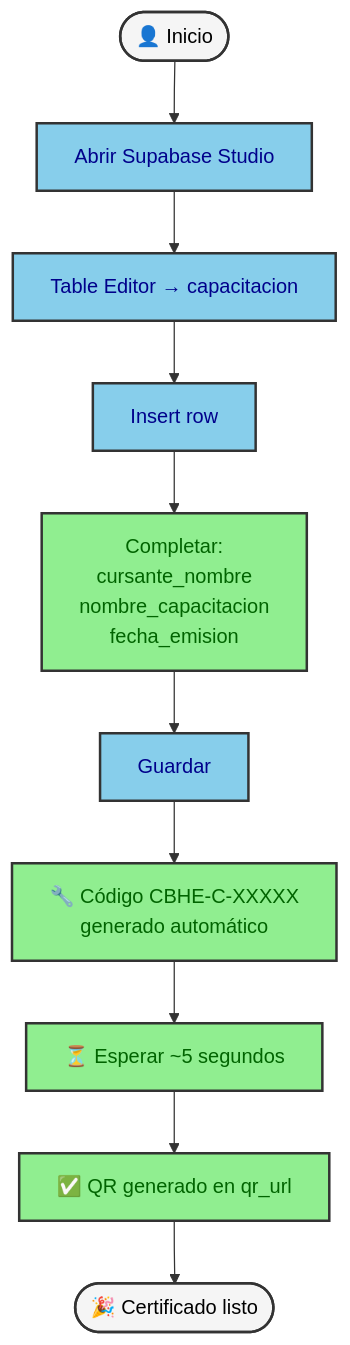
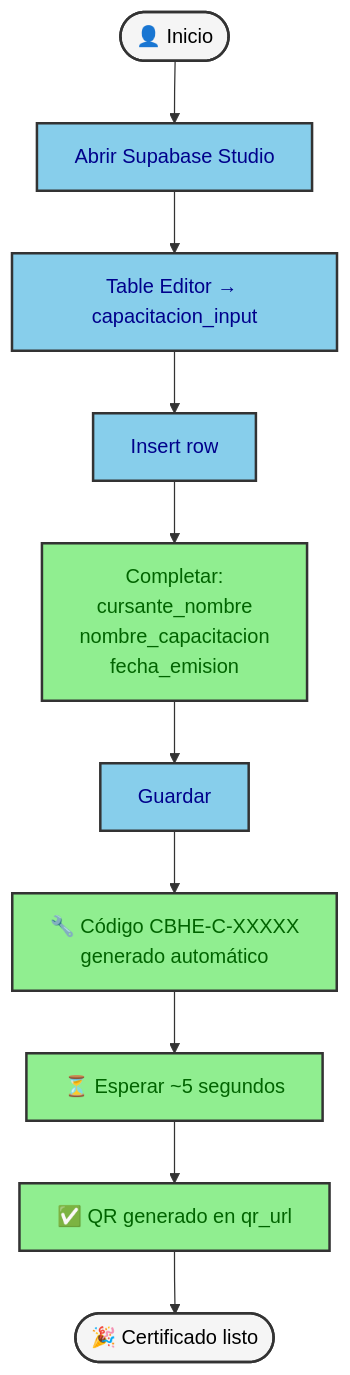
The third of 5 diagrams in GUIA-CERTIFICADOS.md (vincentiwadsworth/cbhe-web), drawn with Mermaid before and after one commit. The commit also changed other lines of this file and 2 other files, not shown here.

First line of the commit message:
docs: precisión de verbos emitir/generar/verificar + input views como método primario

````diff
--- a/GUIA-CERTIFICADOS.md
+++ b/GUIA-CERTIFICADOS.md
@@ -102,20 +102,20 @@
 ```mermaid
 flowchart TD
   Start([👤 Inicio]) --> Login[Abrir Supabase Studio]
-  Login --> TableEditor[Table Editor → capacitacion]
+  Login -->   TableEditor[Table Editor → capacitacion_input]
   TableEditor --> Insert[Insert row]
   Insert --> FillFields["Completar:<br/>cursante_nombre<br/>nombre_capacitacion<br/>fecha_emision"]
   FillFields --> Save[Guardar]
   Save --> AutoCode["🔧 Código CBHE-C-XXXXX<br/>generado automático"]
   AutoCode --> Wait["⏳ Esperar ~5 segundos"]
   Wait --> QRReady["✅ QR generado en qr_url"]
   QRReady --> Done([🎉 Certificado listo])
 
   classDef primary fill:#90EE90,stroke:#333,stroke-width:2px,color:darkgreen
   classDef secondary fill:#87CEEB,stroke:#333,stroke-width:2px,color:darkblue
   classDef terminal fill:#F5F5F5,stroke:#333,stroke-width:2px,color:black
 
   class Start,Done terminal
   class Login,TableEditor,Insert,Save secondary
   class FillFields,AutoCode,Wait,QRReady primary
 ```
````
